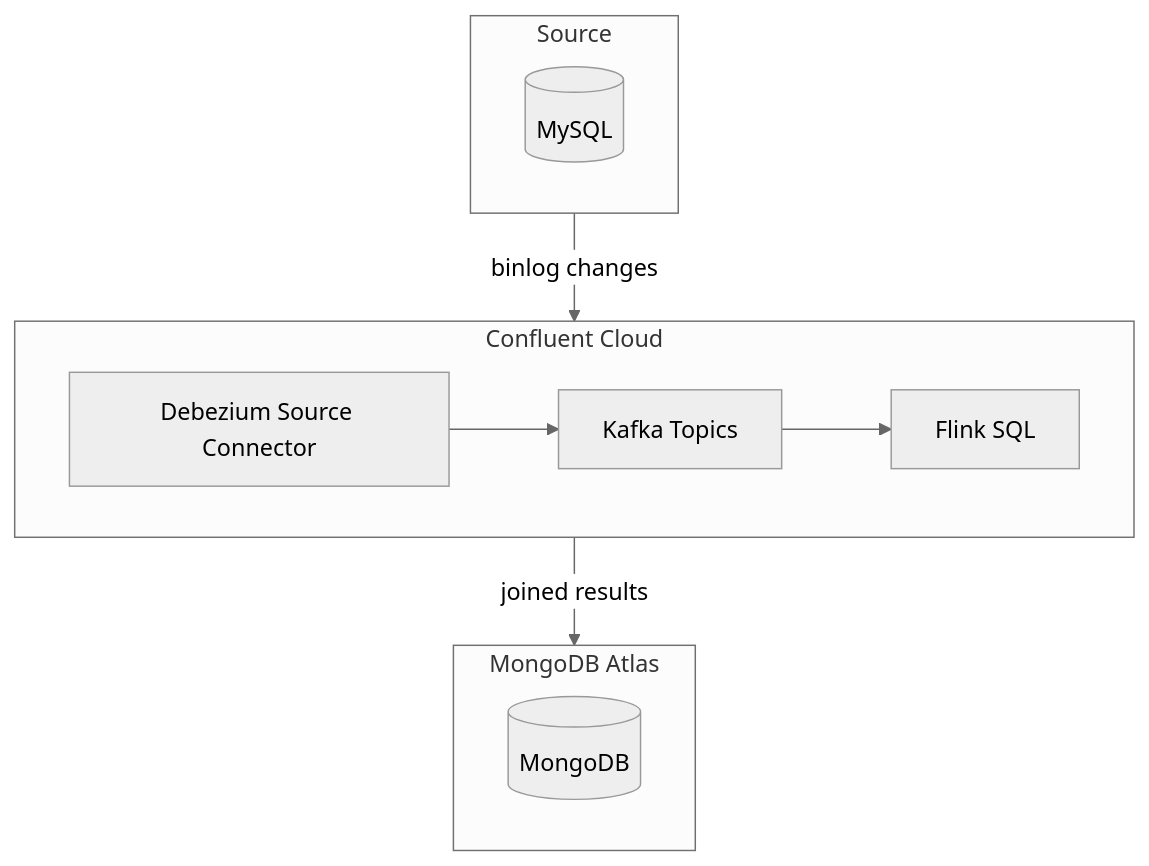
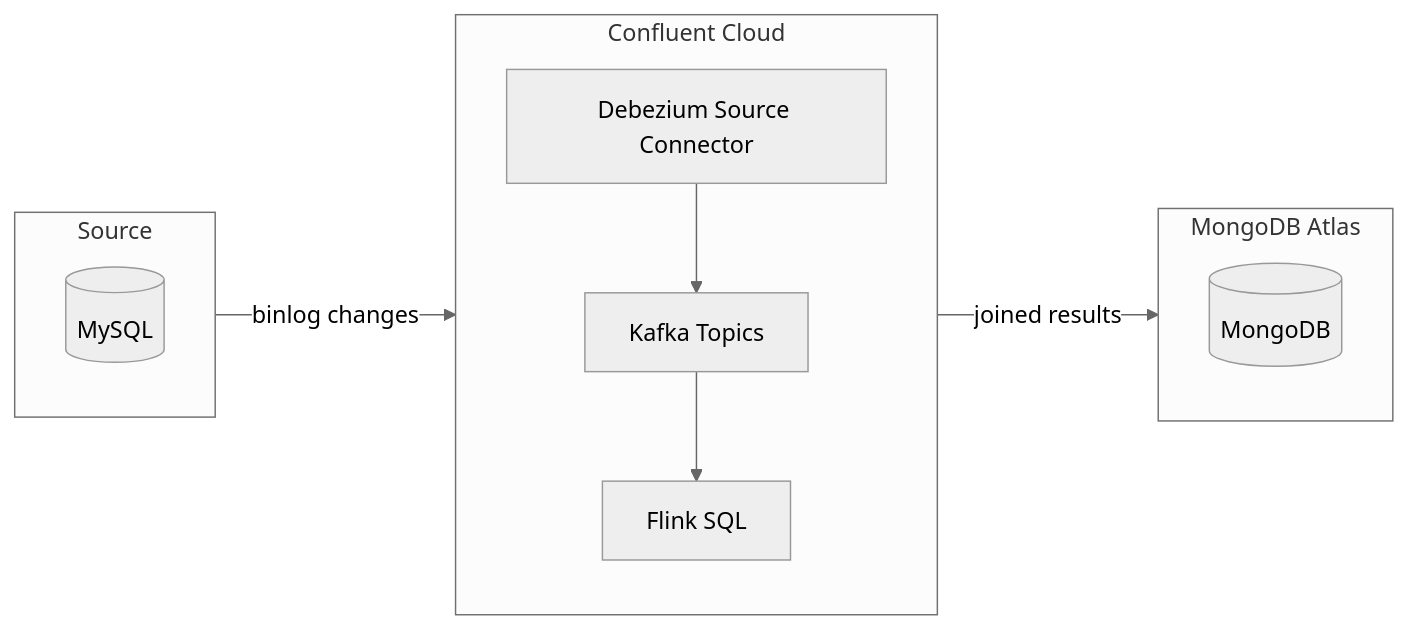
Before and after one commit to kimduksoo/duksoo-tech-blog: the first of 3 diagrams in content/backend/confluent-kafka-cdc-flink.md, drawn with Mermaid (neutral theme).

Commit message:
fix: 아키텍처 다이어그램 가로(LR) 방향으로 변경

````diff
--- a/content/backend/confluent-kafka-cdc-flink.md
+++ b/content/backend/confluent-kafka-cdc-flink.md
@@ -16,22 +16,22 @@
 ```mermaid
-flowchart TB
+flowchart LR
     subgraph Source
         MySQL[(MySQL)]
     end
 
     Source -->|binlog changes| CDC
 
     subgraph CDC["Confluent Cloud"]
         Debezium[Debezium Source Connector]
         Kafka[Kafka Topics]
         Flink[Flink SQL]
         Debezium --> Kafka
         Kafka --> Flink
     end
 
     CDC -->|joined results| Sink
 
     subgraph Sink["MongoDB Atlas"]
         MongoDB[(MongoDB)]
     end
 ```
````
